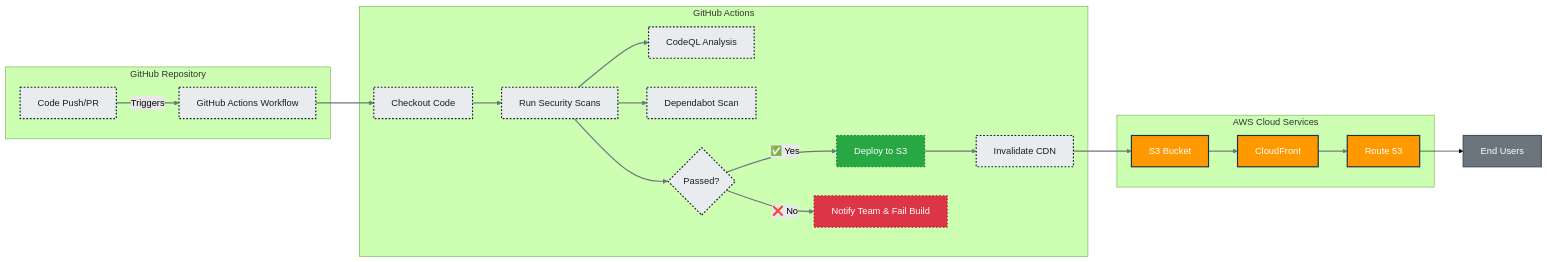
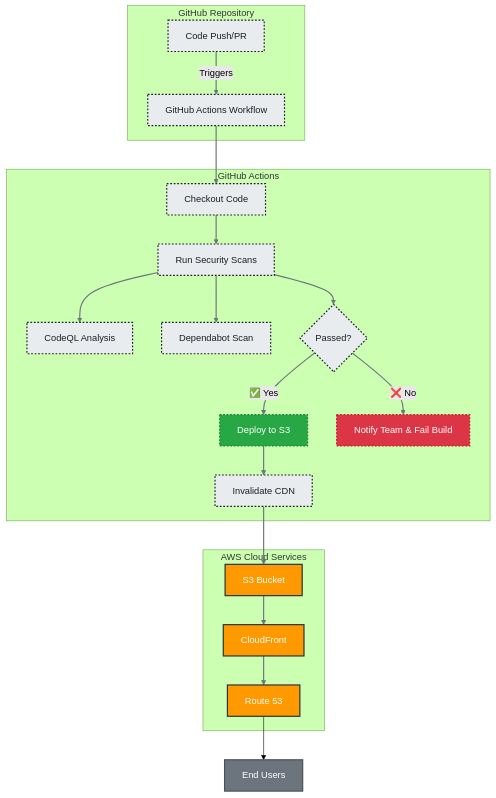
Before and after one commit to matthewntsiful/aws-s3-deployment: the diagram in README.md, drawn with Mermaid (forest theme).

````diff
--- a/README.md
+++ b/README.md
@@ -22,52 +22,55 @@
 ```mermaid
-graph LR
+graph TD
     %% Styling
     classDef repo fill:#f8f9fa,stroke:#333,stroke-width:2px,color:#333,stroke-dasharray: 5 5
     classDef action fill:#e9ecef,stroke:#1a1f24,stroke-width:2px,color:#1a1f24,stroke-dasharray: 3 3
     classDef aws fill:#ff9900,stroke:#232f3e,stroke-width:2px,color:white
     classDef success fill:#28a745,stroke:#1e7e34,stroke-width:2px,color:white
     classDef failure fill:#dc3545,stroke:#bd2130,stroke-width:2px,color:white
     classDef user fill:#6c757d,stroke:#495057,stroke-width:2px,color:white
     
     %% Nodes
     subgraph GitHub[GitHub Repository]
         A[Code Push/PR] -->|Triggers| B[GitHub Actions Workflow]
     end
 
     subgraph GitHub_Actions[GitHub Actions]
         B --> C[Checkout Code]
         C --> D[Run Security Scans]
         D --> D1[CodeQL Analysis]
         D --> D2[Dependabot Scan]
         D --> E{Passed?}
         E -->|✅ Yes| F[Deploy to S3]
         E -->|❌ No| G[Notify Team & Fail Build]
         F --> H[Invalidate CDN]
     end
 
     subgraph AWS[AWS Cloud Services]
         I[S3 Bucket]:::aws
         J[CloudFront]:::aws
         K[Route 53]:::aws
         
         H --> I
         I --> J
         J --> K
     end
 
     K --> L[End Users]:::user
     
     %% Styling Application
     class A,B,C,D,D1,D2,E,F,G,H,I,J,K,L user;
     class A,B,C,D,D1,D2,E,F,G,H action;
     class I,J,K aws;
     class F success;
     class G failure;
     class L user;
     
     %% Links
     linkStyle 0,1,2,3,4,5,6,7,8,9,10,11 stroke:#6c757d,stroke-width:2px,fill:none;
     
+    %% Add some spacing for better readability
+    classDef default fill:#f8f9fa,stroke:#333,stroke-width:1.5px;
+    
     %% Legend
-    %% Note: Legend styling removed due to compatibility issues with GitHub's Mermaid renderer
+    %% Note: Using GitHub-compatible Mermaid syntax
 ```
````
